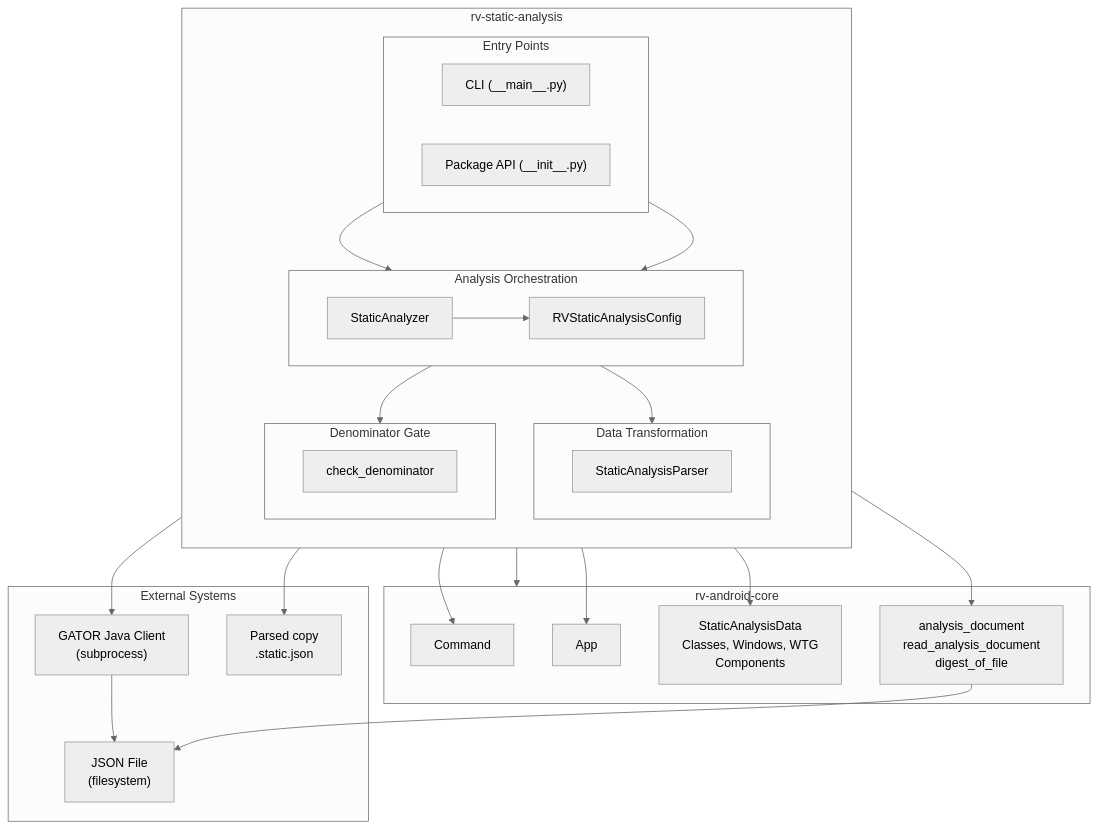
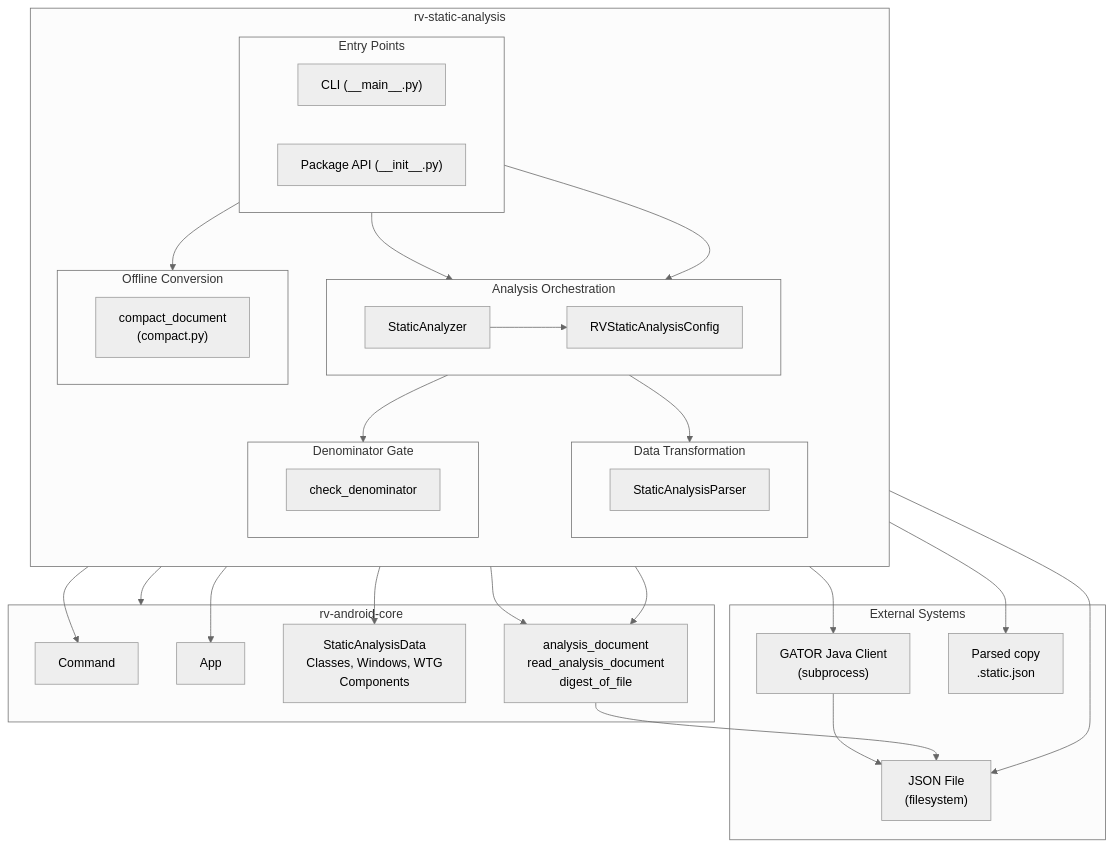
The second of 6 diagrams in rv-android/modules/rv-static-analysis/docs/architecture.md (PAMunb/rvsec), drawn with Mermaid before and after one commit. The commit also changed other lines of this file and 36 other files, not shown here.

````diff
--- a/rv-android/modules/rv-static-analysis/docs/architecture.md
+++ b/rv-android/modules/rv-static-analysis/docs/architecture.md
@@ -313,53 +331,60 @@
 ```mermaid
 %%{init: {'theme': 'neutral'}}%%
 flowchart TB
     subgraph Module["rv-static-analysis"]
         direction TB
         subgraph Orchestration["Analysis Orchestration"]
             direction LR
             SA["StaticAnalyzer"]
             CFG["RVStaticAnalysisConfig"]
         end
         subgraph Parsing["Data Transformation"]
             direction LR
             SAP["StaticAnalysisParser"]
         end
         subgraph Gating["Denominator Gate"]
             direction LR
             GATE["check_denominator"]
         end
         subgraph EntryPoints["Entry Points"]
             direction LR
             CLI["CLI (__main__.py)"]
             PKG["Package API (__init__.py)"]
+        end
+        subgraph Conversion["Offline Conversion"]
+            direction LR
+            CONV["compact_document\n(compact.py)"]
         end
     end
 
     subgraph External["External Systems"]
         GATOR["GATOR Java Client\n(subprocess)"]
         FS["JSON File\n(filesystem)"]
         COPY["Parsed copy\n<apk>.static.json"]
     end
 
     subgraph Core["rv-android-core"]
         CMD["Command"]
         APP["App"]
         DOM["StaticAnalysisData\nClasses, Windows, WTG\nComponents"]
         DOC["analysis_document\nread_analysis_document\ndigest_of_file"]
     end
 
     CLI --> SA
     PKG --> SA
     SA --> CFG
     SA --> CMD
     SA --> GATOR
     GATOR --> FS
     SA --> SAP
     SA --> GATE
     SAP --> DOC
     DOC --> FS
     SAP --> COPY
     SAP --> DOM
+    CLI --> CONV
+    CONV --> DOC
+    CONV --> FS
     SA --> APP
     CFG --> Core
 ```
````
